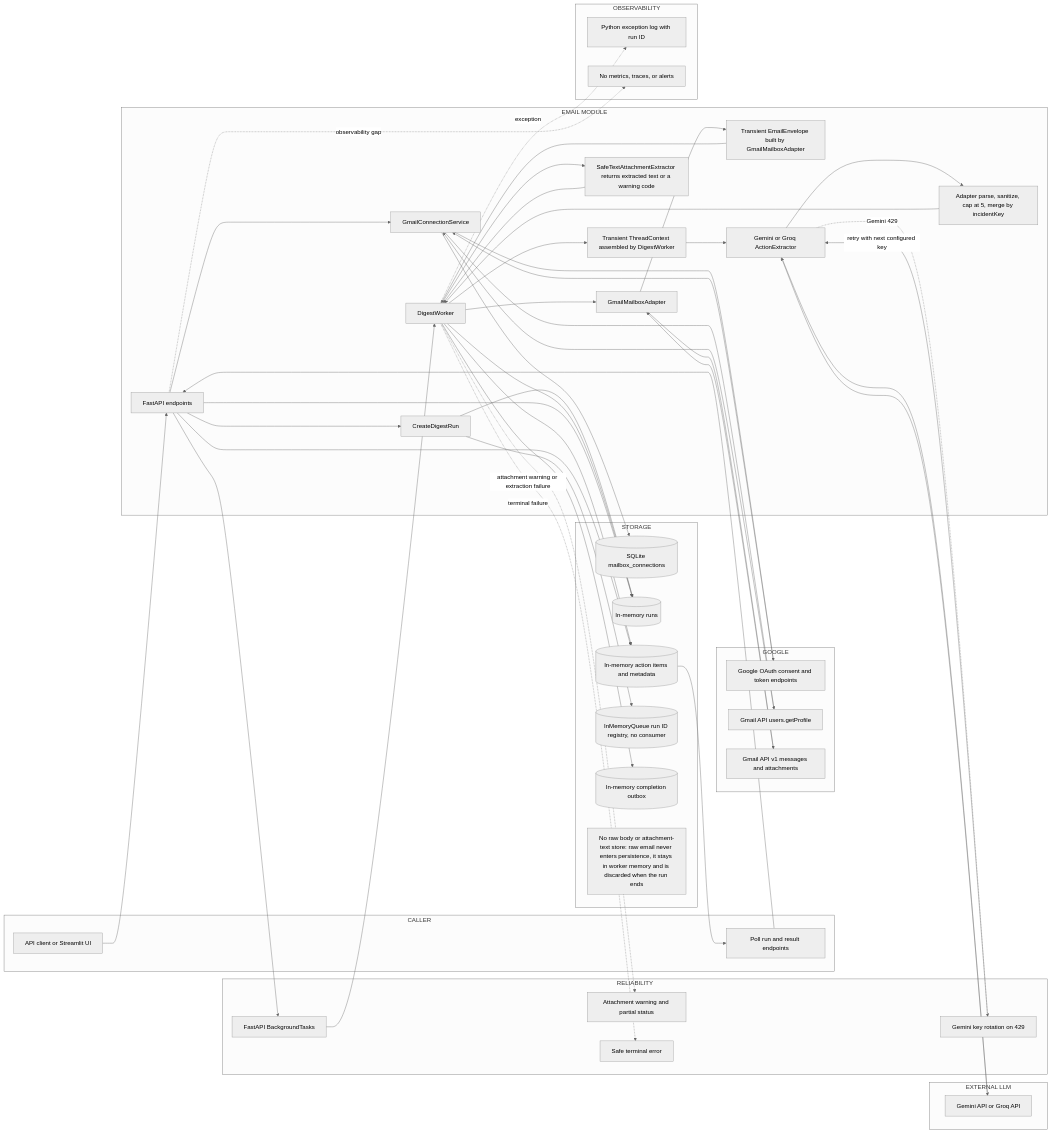
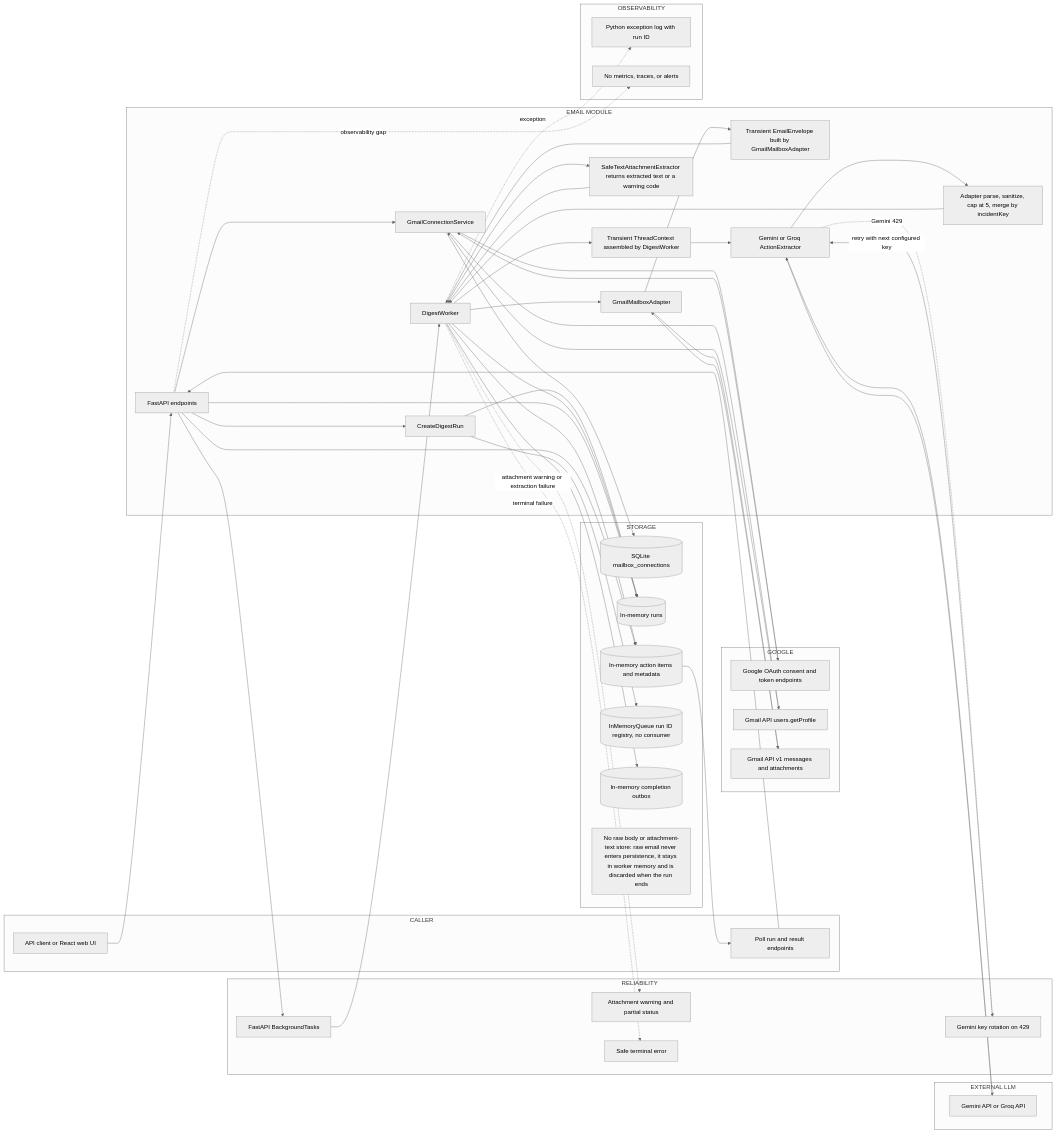
One commit to MathematicGuy/EMAIL-AGENT-v1 changed the diagram in docs/architectures/current-architectures/current-email-architecture.md. Above: the diagram before and after it, drawn with Mermaid (neutral theme). The commit also changed other lines of this file and 35 other files, not shown here.

````diff
--- a/docs/architectures/current-architectures/current-email-architecture.md
+++ b/docs/architectures/current-architectures/current-email-architecture.md
@@ -268,74 +268,74 @@
 ```mermaid
 flowchart LR
     subgraph CALLER
-        UI[API client or Streamlit UI]
+        UI[API client or React web UI]
         POLL[Poll run and result endpoints]
     end
 
     subgraph EMAIL[EMAIL MODULE]
         API[FastAPI endpoints]
         OAUTH[GmailConnectionService]
         CREATE[CreateDigestRun]
         WORKER[DigestWorker]
         GMAIL[GmailMailboxAdapter]
         ENVELOPE[Transient EmailEnvelope built by GmailMailboxAdapter]
         ATTACH[SafeTextAttachmentExtractor returns extracted text or a warning code]
         CONTEXT[Transient ThreadContext assembled by DigestWorker]
         ACTION[Gemini or Groq ActionExtractor]
         SHAPE[Adapter parse, sanitize, cap at 5, merge by incidentKey]
     end
 
     subgraph GOOGLE
         CONSENT[Google OAuth consent and token endpoints]
         PROFILE[Gmail API users.getProfile]
         GAPI[Gmail API v1 messages and attachments]
     end
 
     subgraph LLM[EXTERNAL LLM]
         LLMAPI[Gemini API or Groq API]
     end
 
     subgraph STORAGE
         SQLITE[(SQLite mailbox_connections)]
         RUNS[(In-memory runs)]
         RESULTS[(In-memory action items and metadata)]
         QUEUE[(InMemoryQueue run ID registry, no consumer)]
         OUTBOX[(In-memory completion outbox)]
         RAWNOTE[No raw body or attachment-text store: raw email never enters persistence, it stays in worker memory and is discarded when the run ends]
     end
 
     subgraph RELIABILITY
         BG[FastAPI BackgroundTasks]
         PARTIAL[Attachment warning and partial status]
         FAILOVER[Gemini key rotation on 429]
         SAFEERR[Safe terminal error]
     end
 
     subgraph OBSERVABILITY
         LOG[Python exception log with run ID]
         GAP[No metrics, traces, or alerts]
     end
 
     UI --> API
     API --> OAUTH --> CONSENT --> OAUTH --> PROFILE --> OAUTH --> SQLITE
     API --> CREATE --> RUNS
     CREATE --> QUEUE
     API --> BG --> WORKER
     WORKER --> GMAIL --> GAPI --> GMAIL --> ENVELOPE
     WORKER --> ATTACH --> WORKER
     ENVELOPE --> WORKER --> CONTEXT
     CONTEXT --> ACTION --> LLMAPI --> ACTION --> SHAPE
     SHAPE --> WORKER --> RESULTS
     WORKER --> RUNS
     WORKER --> OUTBOX
     POLL --> API --> RUNS
     API --> RESULTS --> POLL
 
     FAILOVER -- retry with next configured key --> ACTION
 
     WORKER -. attachment warning or extraction failure .-> PARTIAL
     ACTION -. Gemini 429 .-> FAILOVER
     WORKER -. terminal failure .-> SAFEERR
     WORKER -. exception .-> LOG
     API -. observability gap .-> GAP
 ```
````
